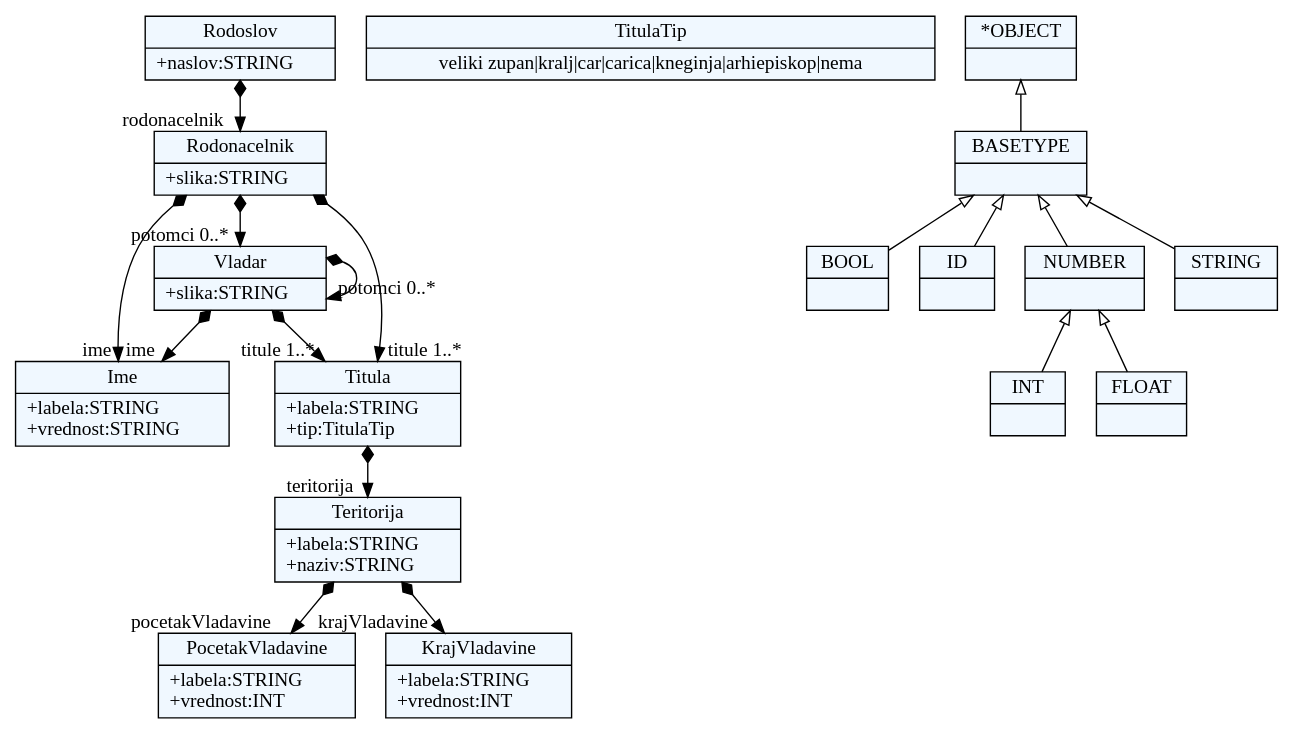
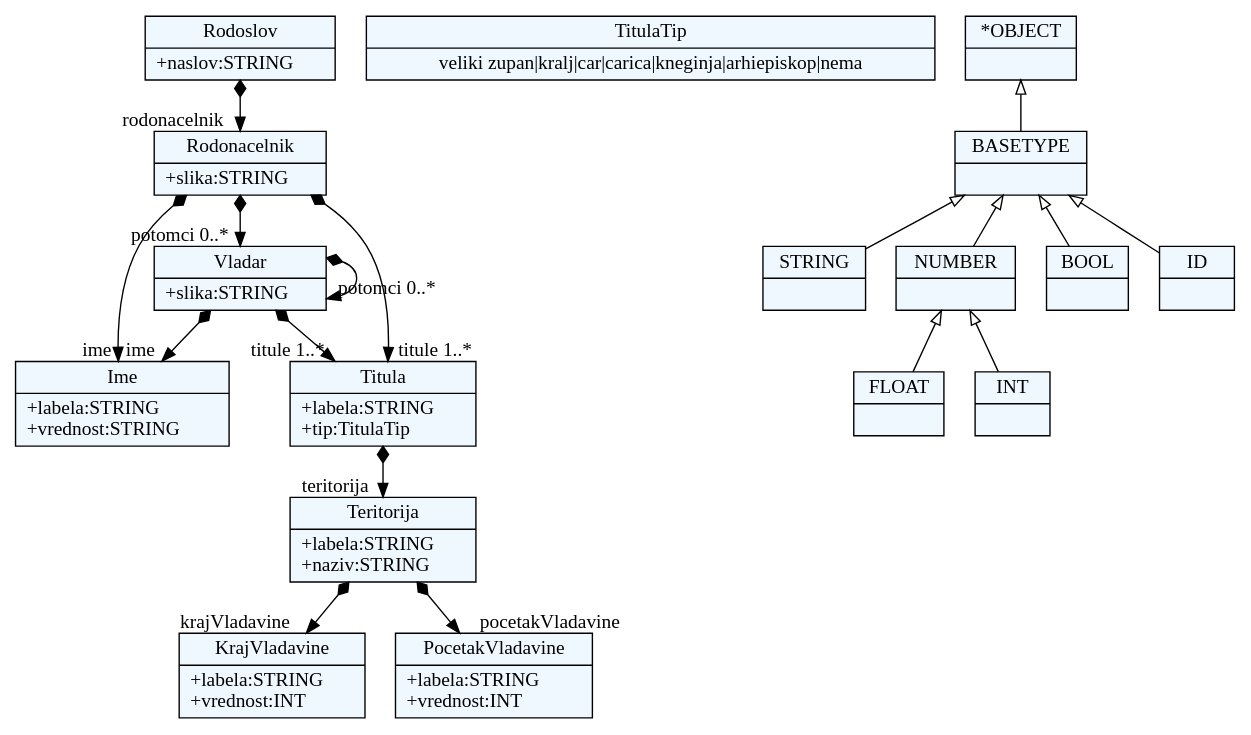
One commit to milenaL9/JSD_2017 changed the diagram in Projekat/forms/forms.dot. Above: the diagram before and after it, drawn with Graphviz. The commit also changed 9 other files, not shown here.

```diff
--- a/Projekat/forms/forms.dot
+++ b/Projekat/forms/forms.dot
@@ -1,66 +1,66 @@
 
     digraph xtext {
     fontname = "Bitstream Vera Sans"
     fontsize = 8
     node[
         shape=record,
         style=filled,
         fillcolor=aliceblue
     ]
     nodesep = 0.3
     edge[dir=black,arrowtail=empty]
 
 
-2266499801640 -> 2266499783704[arrowtail=diamond, dir=both, headlabel="ime "]
-2266499801640 -> 2266499779928[arrowtail=diamond, dir=both, headlabel="titule 1..*"]
-2266499801640 -> 2266499801640[arrowtail=diamond, dir=both, headlabel="potomci 0..*"]
-2266499801640[ label="{Vladar|+slika:STRING\l}"]
+2029207951928[ label="{Ime|+labela:STRING\l+vrednost:STRING\l}"]
 
-2266499780872[ label="{PocetakVladavine|+labela:STRING\l+vrednost:INT\l}"]
+2029207948152 -> 2029207951928[arrowtail=diamond, dir=both, headlabel="ime "]
+2029207948152 -> 2029207991576[arrowtail=diamond, dir=both, headlabel="titule 1..*"]
+2029207948152 -> 2029207954760[arrowtail=diamond, dir=both, headlabel="potomci 0..*"]
+2029207948152[ label="{Rodonacelnik|+slika:STRING\l}"]
 
-2266499783704[ label="{Ime|+labela:STRING\l+vrednost:STRING\l}"]
+2029207975528[ label="{KrajVladavine|+labela:STRING\l+vrednost:INT\l}"]
 
-2266499811080 -> 2266499780872[arrowtail=diamond, dir=both, headlabel="pocetakVladavine "]
-2266499811080 -> 2266499812968[arrowtail=diamond, dir=both, headlabel="krajVladavine "]
-2266499811080[ label="{Teritorija|+labela:STRING\l+naziv:STRING\l}"]
+2029207979304 -> 2029207972696[arrowtail=diamond, dir=both, headlabel="pocetakVladavine "]
+2029207979304 -> 2029207975528[arrowtail=diamond, dir=both, headlabel="krajVladavine "]
+2029207979304[ label="{Teritorija|+labela:STRING\l+naziv:STRING\l}"]
 
-2266499806360[ label="{TitulaTip|veliki zupan\|kralj\|car\|carica\|kneginja\|arhiepiskop\|nema}"]
+2029207993464[ label="{TitulaTip|veliki zupan\|kralj\|car\|carica\|kneginja\|arhiepiskop\|nema}"]
 
-2266499798808 -> 2266499784648[arrowtail=diamond, dir=both, headlabel="rodonacelnik "]
-2266499798808[ label="{Rodoslov|+naslov:STRING\l}"]
+2029207972696[ label="{PocetakVladavine|+labela:STRING\l+vrednost:INT\l}"]
 
-2266499812968[ label="{KrajVladavine|+labela:STRING\l+vrednost:INT\l}"]
+2029207943432 -> 2029207948152[arrowtail=diamond, dir=both, headlabel="rodonacelnik "]
+2029207943432[ label="{Rodoslov|+naslov:STRING\l}"]
 
-2266499779928 -> 2266499811080[arrowtail=diamond, dir=both, headlabel="teritorija "]
-2266499779928[ label="{Titula|+labela:STRING\l+tip:TitulaTip\l}"]
+2029207991576 -> 2029207979304[arrowtail=diamond, dir=both, headlabel="teritorija "]
+2029207991576[ label="{Titula|+labela:STRING\l+tip:TitulaTip\l}"]
 
-2266499784648 -> 2266499783704[arrowtail=diamond, dir=both, headlabel="ime "]
-2266499784648 -> 2266499779928[arrowtail=diamond, dir=both, headlabel="titule 1..*"]
-2266499784648 -> 2266499801640[arrowtail=diamond, dir=both, headlabel="potomci 0..*"]
-2266499784648[ label="{Rodonacelnik|+slika:STRING\l}"]
+2029207954760 -> 2029207951928[arrowtail=diamond, dir=both, headlabel="ime "]
+2029207954760 -> 2029207991576[arrowtail=diamond, dir=both, headlabel="titule 1..*"]
+2029207954760 -> 2029207954760[arrowtail=diamond, dir=both, headlabel="potomci 0..*"]
+2029207954760[ label="{Vladar|+slika:STRING\l}"]
 
-2266499796920[ label="{BOOL|}"]
+2029207945320[ label="{STRING|}"]
 
-2266499781816[ label="{INT|}"]
+2029207949096[ label="{BASETYPE|}"]
+2029207949096 -> 2029207959480 [dir=back]
+2029207949096 -> 2029207946264 [dir=back]
+2029207949096 -> 2029207964200 [dir=back]
+2029207949096 -> 2029207945320 [dir=back]
 
-2266499799752[ label="{FLOAT|}"]
+2029207959480[ label="{NUMBER|}"]
+2029207959480 -> 2029207967976 [dir=back]
+2029207959480 -> 2029207952872 [dir=back]
 
-2266498591624[ label="{ID|}"]
+2029207952872[ label="{INT|}"]
 
-2266499809192[ label="{NUMBER|}"]
-2266499809192 -> 2266499799752 [dir=back]
-2266499809192 -> 2266499781816 [dir=back]
+2029207946264[ label="{BOOL|}"]
 
-2266499805416[ label="{BASETYPE|}"]
-2266499805416 -> 2266499809192 [dir=back]
-2266499805416 -> 2266499796920 [dir=back]
-2266499805416 -> 2266498591624 [dir=back]
-2266499805416 -> 2266498594456 [dir=back]
+2029207964200[ label="{ID|}"]
 
-2266499797864[ label="{*OBJECT|}"]
-2266499797864 -> 2266499805416 [dir=back]
+2029207967976[ label="{FLOAT|}"]
 
-2266498594456[ label="{STRING|}"]
+2029207942488[ label="{*OBJECT|}"]
+2029207942488 -> 2029207949096 [dir=back]
 
 
 }
```
